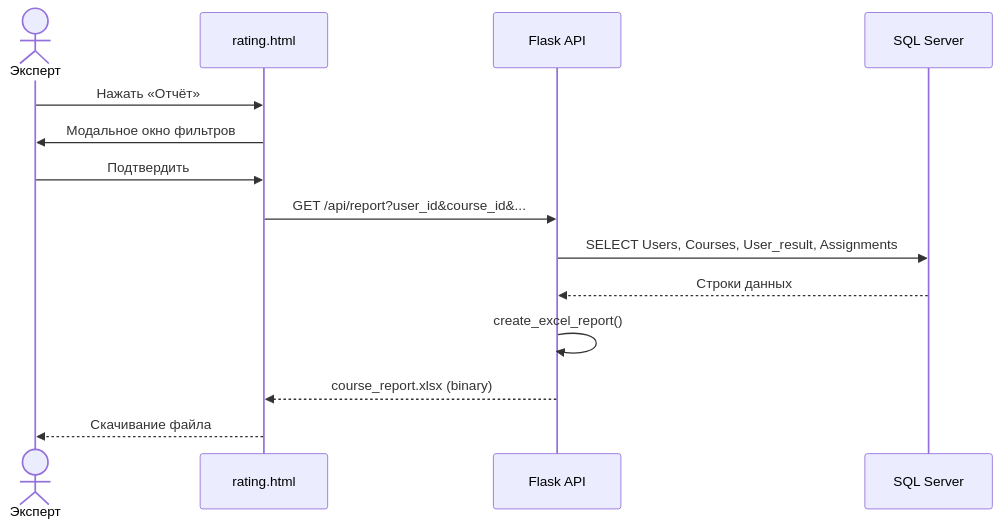
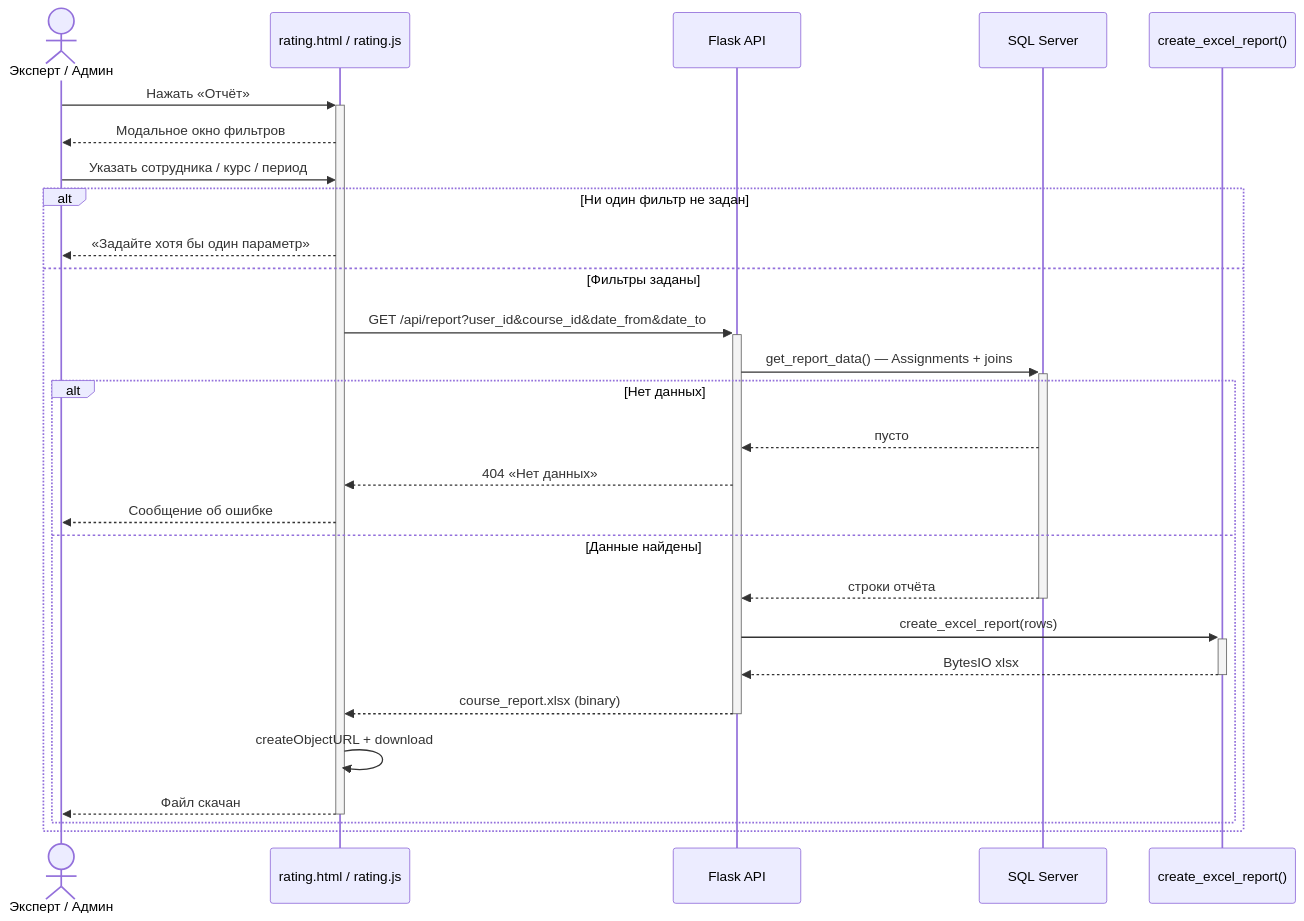
Before and after one commit to nouonoo/edu_course: the fifth of 8 diagrams in docs/проектная_документация/Приложение_З_Диаграмма_последовательностей.md, drawn with Mermaid. The commit also changed other lines of this file and 10 other files, not shown here.

First line of the commit message:
Дополнить проектную документацию UML-диаграммами и описанием реализации

````diff
--- a/docs/проектная_документация/Приложение_З_Диаграмма_последовательностей.md
+++ b/docs/проектная_документация/Приложение_З_Диаграмма_последовательностей.md
@@ -99,17 +213,30 @@
 ```mermaid
 sequenceDiagram
-    actor Expert as Эксперт
-    participant UI as rating.html
+    actor Expert as Эксперт / Админ
+    participant UI as rating.html / rating.js
     participant API as Flask API
     participant DB as SQL Server
+    participant XLS as create_excel_report()
 
-    Expert->>UI: Нажать «Отчёт»
-    UI->>Expert: Модальное окно фильтров
-    Expert->>UI: Подтвердить
-    UI->>API: GET /api/report?user_id&course_id&...
-    API->>DB: SELECT Users, Courses, User_result, Assignments
-    DB-->>API: Строки данных
-    API->>API: create_excel_report()
-    API-->>UI: course_report.xlsx (binary)
-    UI-->>Expert: Скачивание файла
+    Expert->>+UI: Нажать «Отчёт»
+    UI-->>Expert: Модальное окно фильтров
+    Expert->>UI: Указать сотрудника / курс / период
+    alt Ни один фильтр не задан
+        UI-->>Expert: «Задайте хотя бы один параметр»
+    else Фильтры заданы
+        UI->>+API: GET /api/report?user_id&course_id&date_from&date_to
+        API->>+DB: get_report_data() — Assignments + joins
+        alt Нет данных
+            DB-->>API: пусто
+            API-->>UI: 404 «Нет данных»
+            UI-->>Expert: Сообщение об ошибке
+        else Данные найдены
+            DB-->>-API: строки отчёта
+            API->>+XLS: create_excel_report(rows)
+            XLS-->>-API: BytesIO xlsx
+            API-->>-UI: course_report.xlsx (binary)
+            UI->>UI: createObjectURL + download
+            UI-->>-Expert: Файл скачан
+        end
+    end
 ```
````
